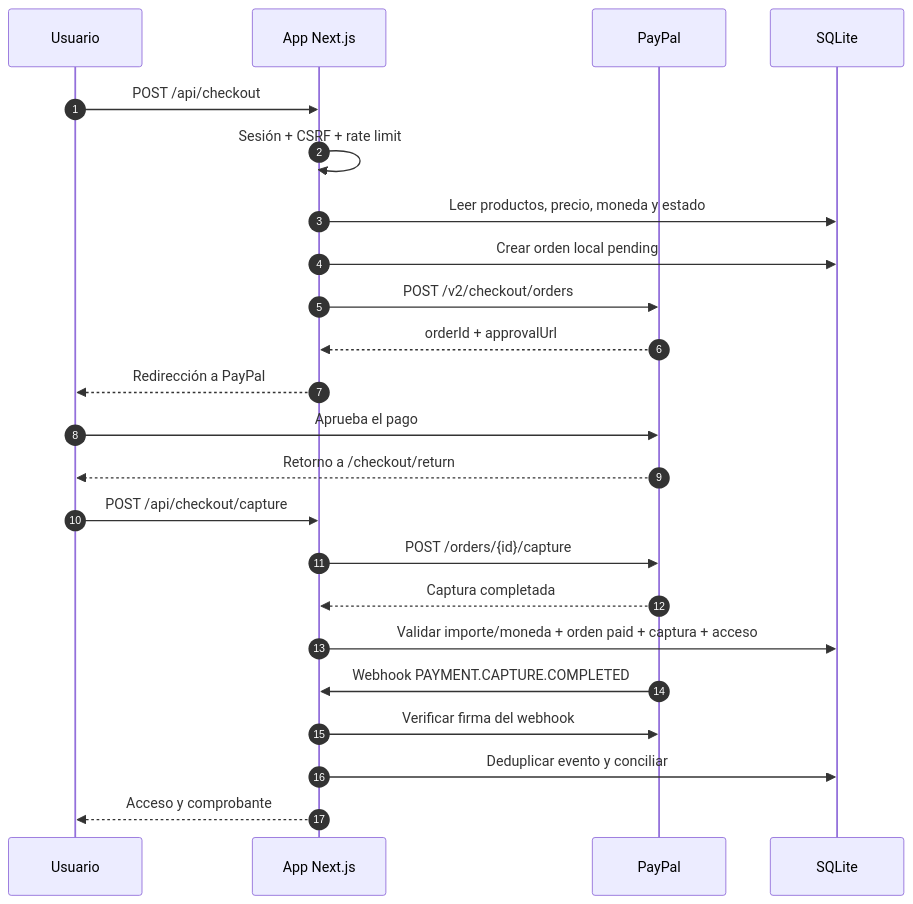
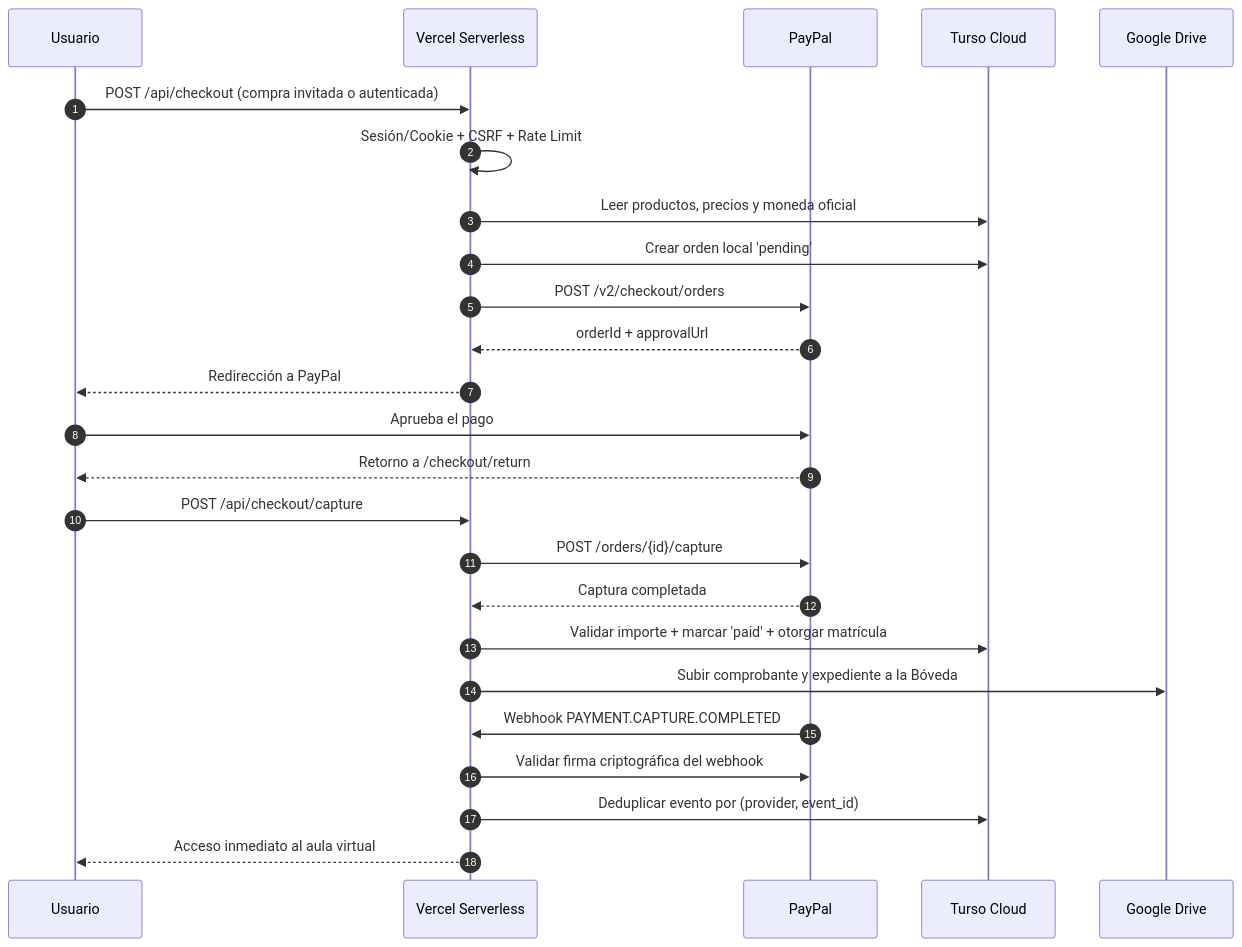
One commit to rpmministry/wisdom-academy-platform changed the second of 2 diagrams in docs/ARCHITECTURE.md. Above: the diagram before and after it, drawn with Mermaid. The commit also changed other lines of this file and 2 other files, not shown here.

Commit message:
docs: modern world-class readme and serverless architecture documentation

````diff
--- a/docs/ARCHITECTURE.md
+++ b/docs/ARCHITECTURE.md
@@ -40,26 +103,28 @@
 ```mermaid
 sequenceDiagram
     autonumber
     participant U as Usuario
-    participant A as App Next.js
+    participant A as Vercel Serverless
     participant P as PayPal
-    participant DB as SQLite
+    participant DB as Turso Cloud
+    participant D as Google Drive
 
-    U->>A: POST /api/checkout
-    A->>A: Sesión + CSRF + rate limit
-    A->>DB: Leer productos, precio, moneda y estado
-    A->>DB: Crear orden local pending
+    U->>A: POST /api/checkout (compra invitada o autenticada)
+    A->>A: Sesión/Cookie + CSRF + Rate Limit
+    A->>DB: Leer productos, precios y moneda oficial
+    A->>DB: Crear orden local 'pending'
     A->>P: POST /v2/checkout/orders
     P-->>A: orderId + approvalUrl
     A-->>U: Redirección a PayPal
     U->>P: Aprueba el pago
     P-->>U: Retorno a /checkout/return
     U->>A: POST /api/checkout/capture
     A->>P: POST /orders/{id}/capture
     P-->>A: Captura completada
-    A->>DB: Validar importe/moneda + orden paid + captura + acceso
+    A->>DB: Validar importe + marcar 'paid' + otorgar matrícula
+    A->>D: Subir comprobante y expediente a la Bóveda
     P->>A: Webhook PAYMENT.CAPTURE.COMPLETED
-    A->>P: Verificar firma del webhook
-    A->>DB: Deduplicar evento y conciliar
-    A-->>U: Acceso y comprobante
+    A->>P: Validar firma criptográfica del webhook
+    A->>DB: Deduplicar evento por (provider, event_id)
+    A-->>U: Acceso inmediato al aula virtual
 ```
````
